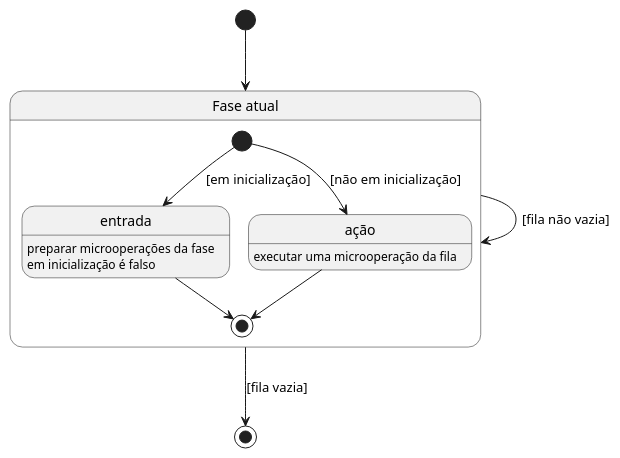
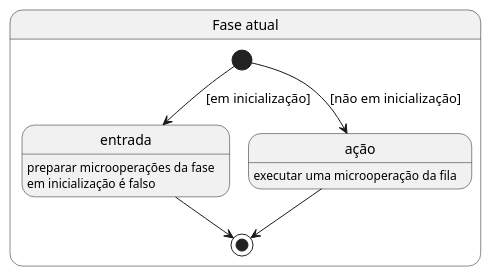
One commit to ThiagoCamposTN/MicroSim changed the diagram in fase.puml. Above: the diagram before and after it, drawn with PlantUML. The commit also changed 2 other files, not shown here.

Commit message:
Atualiza os diagramas

```diff
--- a/fase.puml
+++ b/fase.puml
@@ -1,20 +1,15 @@
 @startuml Fase
-
-[*] --> Fase
 
 state Fase as "Fase atual" {
     [*]     --> entrada : [em inicialização]
     [*]     --> ação    : [não em inicialização]
 
     entrada --> [*]
     ação    --> [*]
 
     entrada : preparar microoperações da fase
     entrada : em inicialização é falso
     ação    : executar uma microoperação da fila
 }
 
-Fase --> Fase   : [fila não vazia]
-Fase --> [*]    : [fila vazia]
-
 @enduml
```
